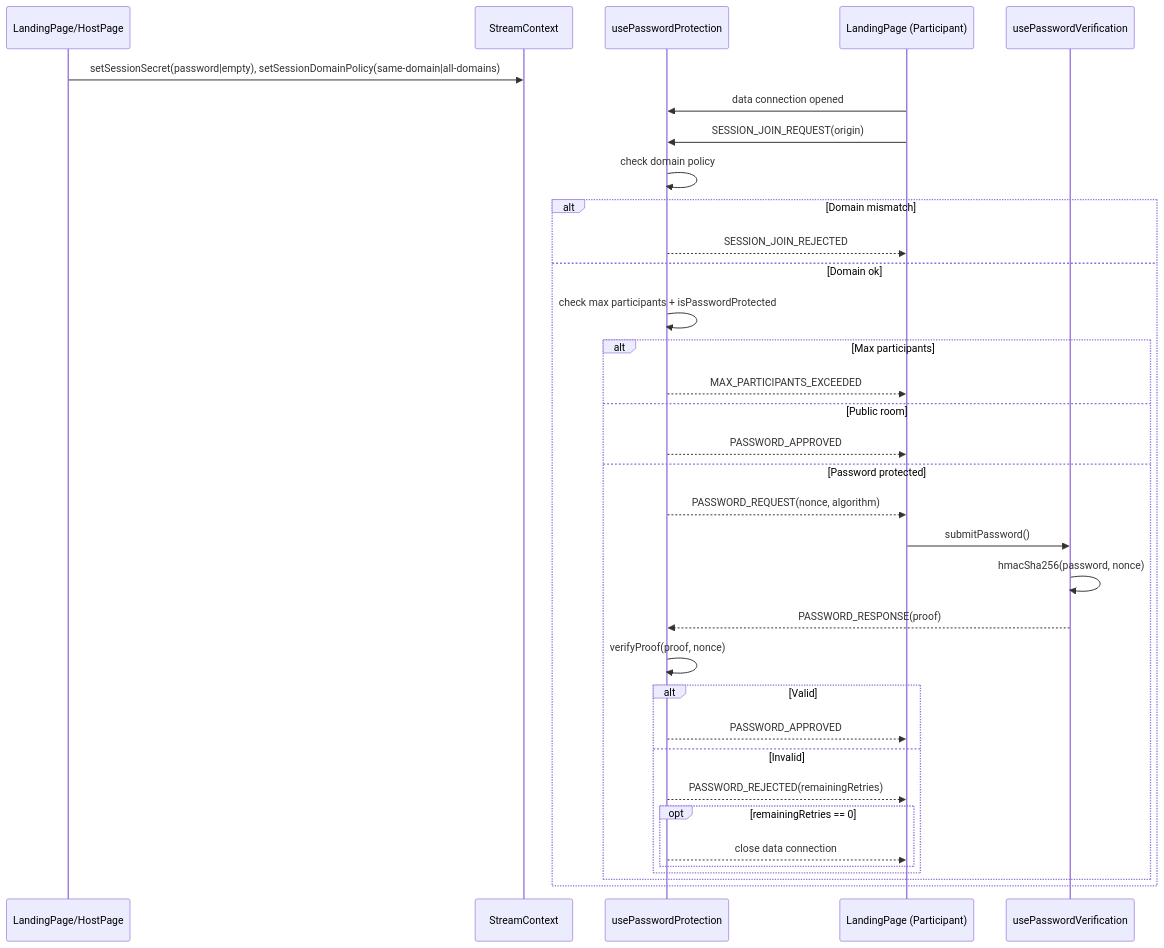
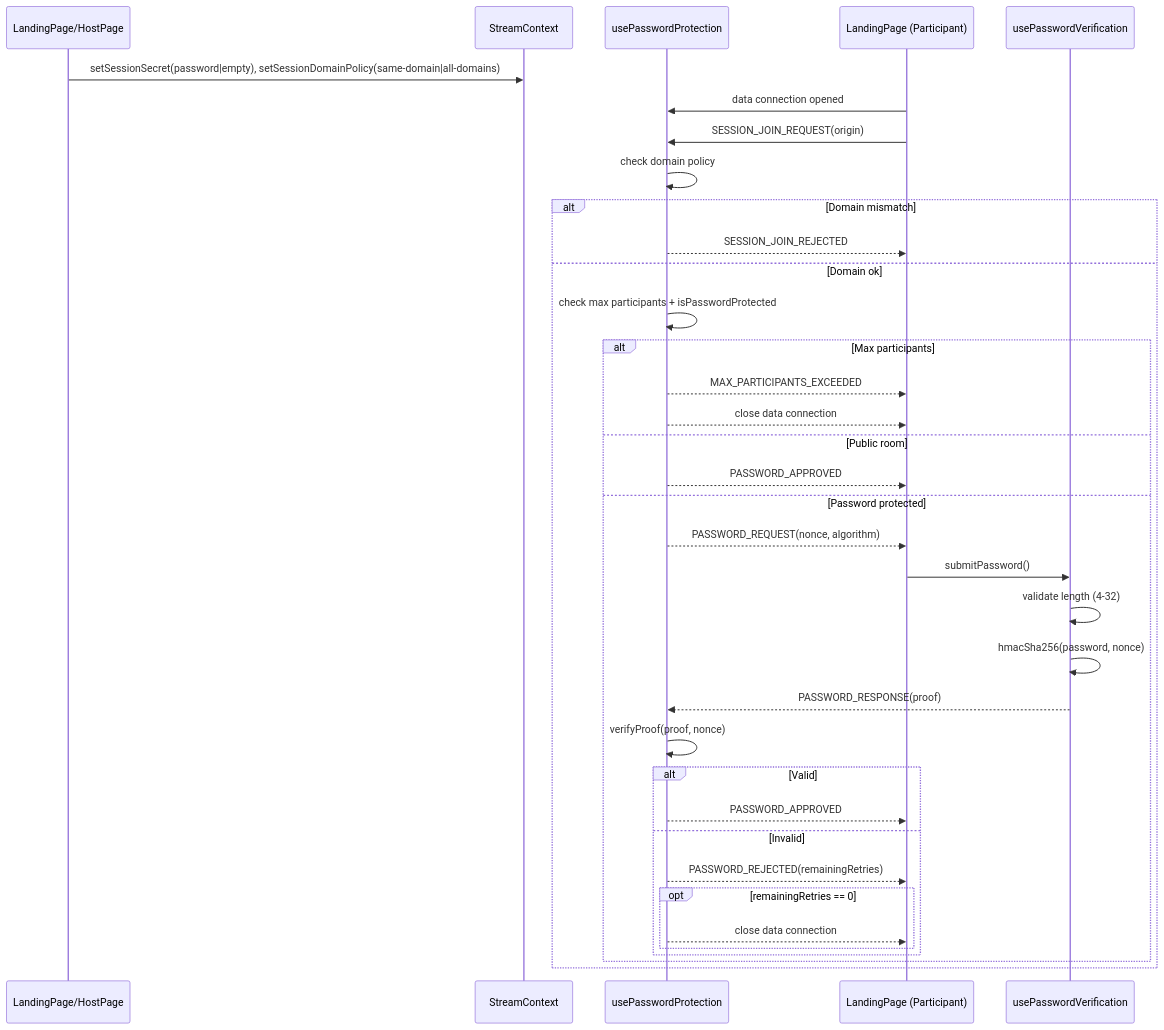
The third of 11 diagrams in ARCHITECTURE.md (BackGwa/Perspective), drawn with Mermaid before and after one commit. The commit also changed other lines of this file, not shown here.

First line of the commit message:
Update architecture diagrams for chat and password flow

````diff
--- a/ARCHITECTURE.md
+++ b/ARCHITECTURE.md
@@ -93,38 +98,40 @@
 ```mermaid
 sequenceDiagram
     participant Host as LandingPage/HostPage
     participant SC as StreamContext
     participant PwdH as usePasswordProtection
     participant Part as LandingPage (Participant)
     participant PwdV as usePasswordVerification
 
     Host->>SC: setSessionSecret(password|empty), setSessionDomainPolicy(same-domain|all-domains)
     Part->>PwdH: data connection opened
     Part->>PwdH: SESSION_JOIN_REQUEST(origin)
     PwdH->>PwdH: check domain policy
 
     alt Domain mismatch
         PwdH-->>Part: SESSION_JOIN_REJECTED
     else Domain ok
         PwdH->>PwdH: check max participants + isPasswordProtected
         alt Max participants
             PwdH-->>Part: MAX_PARTICIPANTS_EXCEEDED
+            PwdH-->>Part: close data connection
         else Public room
             PwdH-->>Part: PASSWORD_APPROVED
         else Password protected
             PwdH-->>Part: PASSWORD_REQUEST(nonce, algorithm)
             Part->>PwdV: submitPassword()
+            PwdV->>PwdV: validate length (4-32)
             PwdV->>PwdV: hmacSha256(password, nonce)
             PwdV-->>PwdH: PASSWORD_RESPONSE(proof)
             PwdH->>PwdH: verifyProof(proof, nonce)
             alt Valid
                 PwdH-->>Part: PASSWORD_APPROVED
             else Invalid
                 PwdH-->>Part: PASSWORD_REJECTED(remainingRetries)
                 opt remainingRetries == 0
                     PwdH-->>Part: close data connection
                 end
             end
         end
     end
 ```
````
